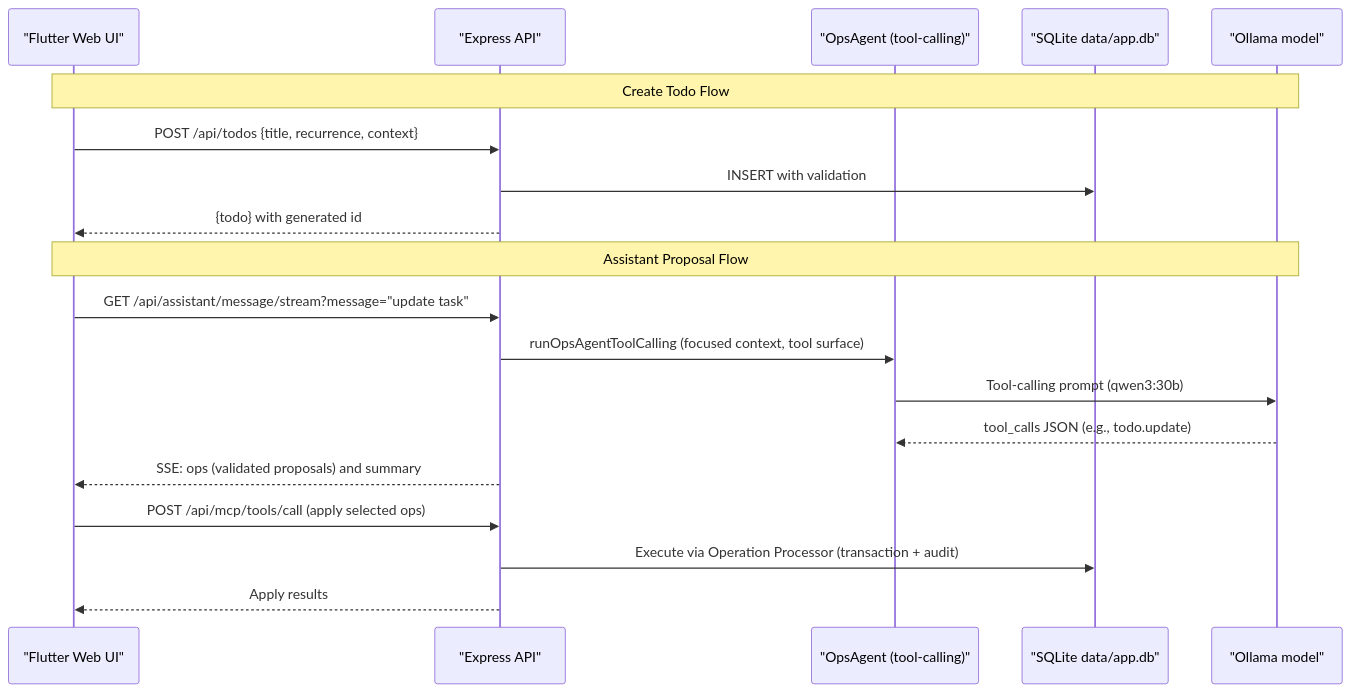
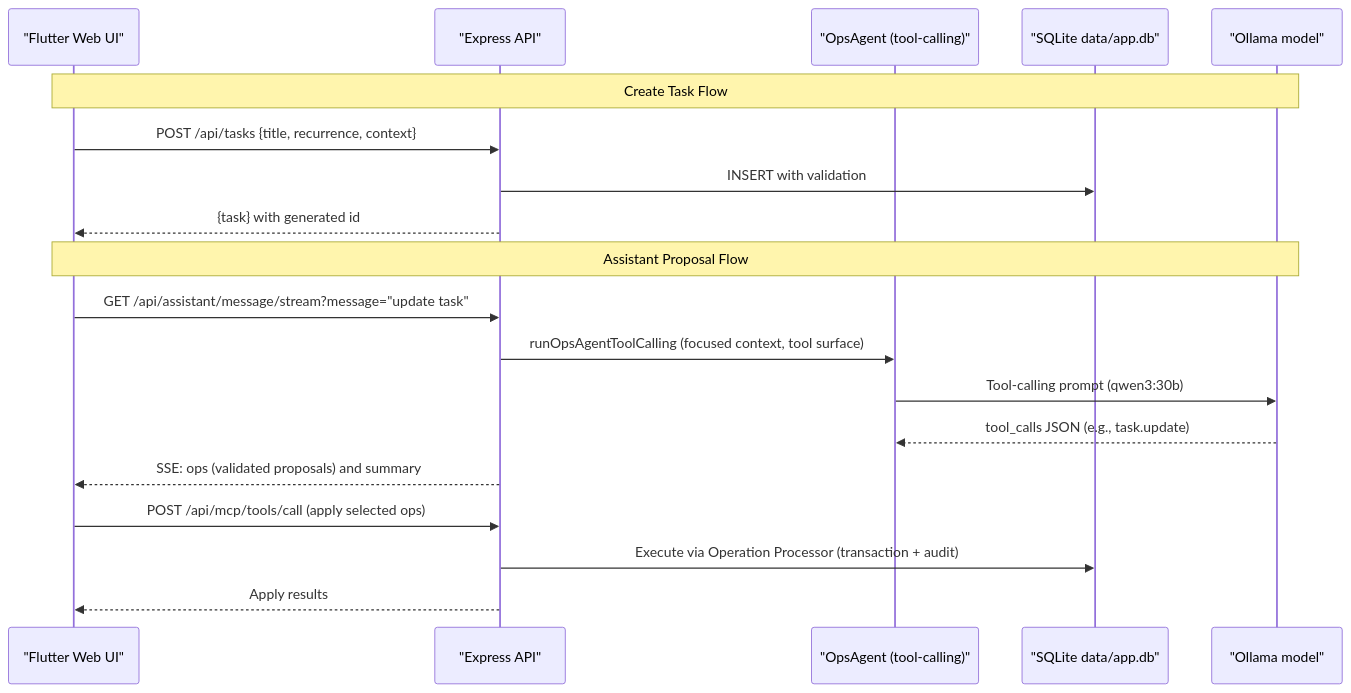
Before and after one commit to dantheman454/habit_app: the second of 2 diagrams in docs/mindmap/README.md, drawn with Mermaid. The commit also changed other lines of this file and 38 other files, not shown here.

````diff
--- a/docs/mindmap/README.md
+++ b/docs/mindmap/README.md
@@ -39,23 +39,23 @@
 ```mermaid
 sequenceDiagram
   participant UI as "Flutter Web UI"
   participant API as "Express API"
   participant OPS as "OpsAgent (tool-calling)"
   participant DB as "SQLite data/app.db"
   participant LLM as "Ollama model"
 
-  Note over UI,LLM: Create Todo Flow
-  UI->>API: POST /api/todos {title, recurrence, context}
+  Note over UI,LLM: Create Task Flow
+  UI->>API: POST /api/tasks {title, recurrence, context}
   API->>DB: INSERT with validation
-  API-->>UI: {todo} with generated id
+  API-->>UI: {task} with generated id
 
   Note over UI,LLM: Assistant Proposal Flow
   UI->>API: GET /api/assistant/message/stream?message="update task"
   API->>OPS: runOpsAgentToolCalling (focused context, tool surface)
   OPS->>LLM: Tool-calling prompt (qwen3:30b)
-  LLM-->>OPS: tool_calls JSON (e.g., todo.update)
+  LLM-->>OPS: tool_calls JSON (e.g., task.update)
   API-->>UI: SSE: ops (validated proposals) and summary
   UI->>API: POST /api/mcp/tools/call (apply selected ops)
   API->>DB: Execute via Operation Processor (transaction + audit)
   API-->>UI: Apply results
 ```
````
